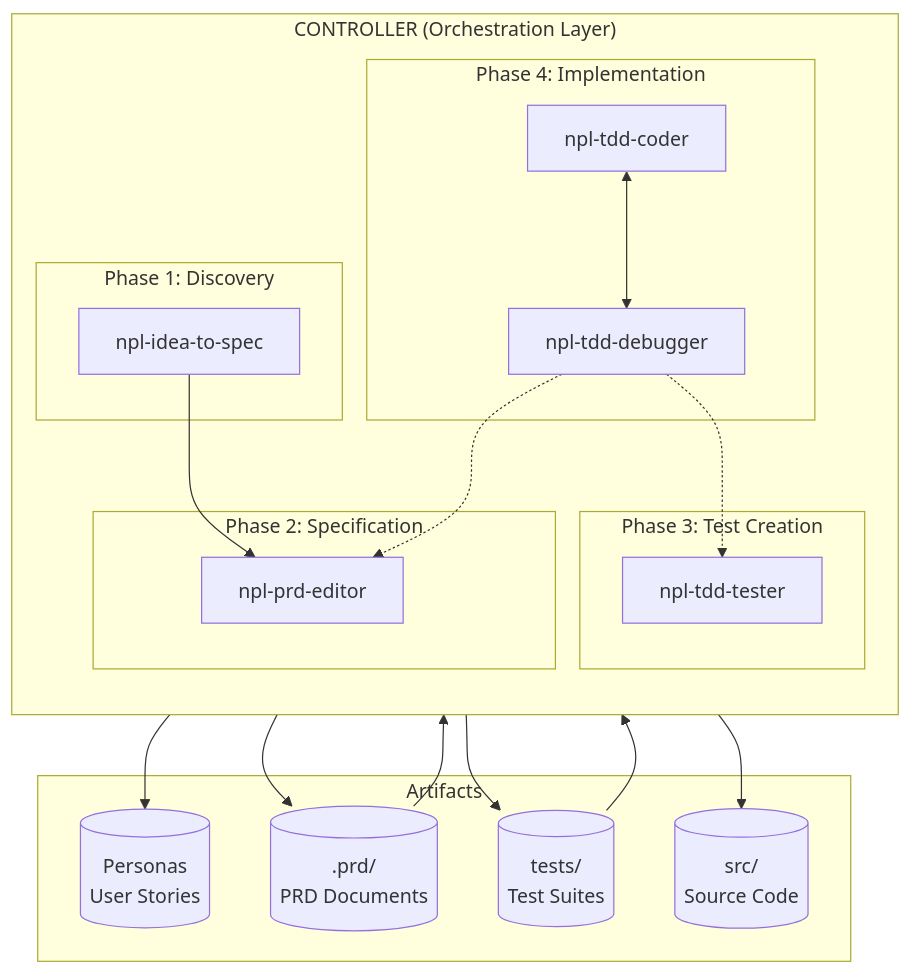
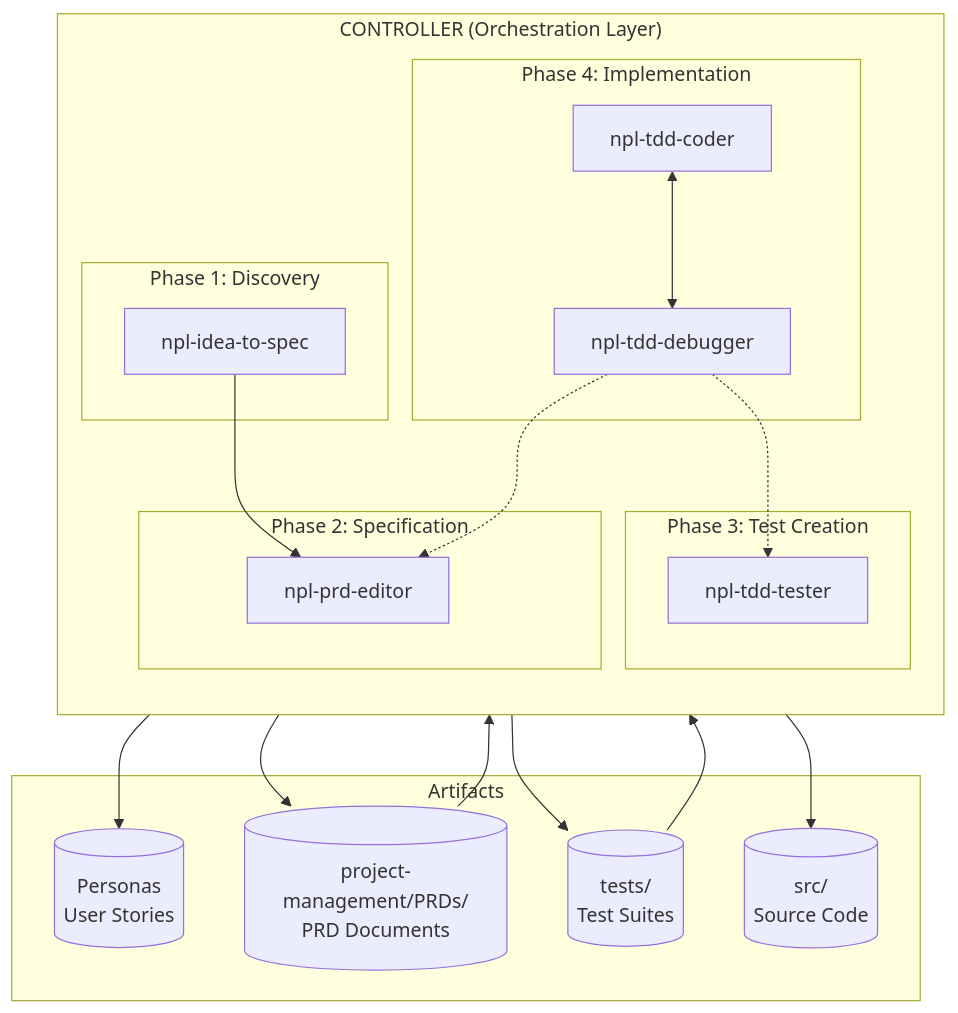
Before and after one commit to noizu-labs-ml/NoizuPromptLingo: the first of 3 diagrams in docs/arch/agent-orchestration.md, drawn with Mermaid. The commit also changed other lines of this file and 271 other files, not shown here.

````diff
--- a/docs/arch/agent-orchestration.md
+++ b/docs/arch/agent-orchestration.md
@@ -12,41 +12,41 @@
 ```mermaid
 flowchart TB
     subgraph Controller ["CONTROLLER (Orchestration Layer)"]
         direction TB
         
         subgraph Discovery ["Phase 1: Discovery"]
             ITS[npl-idea-to-spec]
         end
         
         subgraph Specification ["Phase 2: Specification"]
             PRD[npl-prd-editor]
         end
         
         subgraph Testing ["Phase 3: Test Creation"]
             TDD[npl-tdd-tester]
         end
         
         subgraph Implementation ["Phase 4: Implementation"]
             CODER[npl-tdd-coder]
             DBG[npl-tdd-debugger]
         end
     end
     
     subgraph Artifacts
         PERS[(Personas<br/>User Stories)]
-        PRDDOC[(.prd/<br/>PRD Documents)]
+        PRDDOC[(project-management/PRDs/<br/>PRD Documents)]
         TESTS[(tests/<br/>Test Suites)]
         SRC[(src/<br/>Source Code)]
     end
     
     ITS --> PERS
     ITS --> PRD
     PRD --> PRDDOC
     PRDDOC --> TDD
     TDD --> TESTS
     TESTS --> CODER
     CODER --> SRC
     CODER <--> DBG
     DBG -.-> TDD
     DBG -.-> PRD
 ```
````
